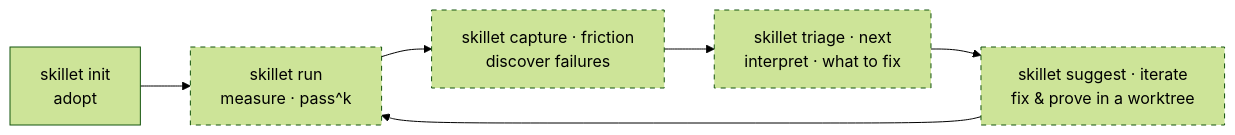
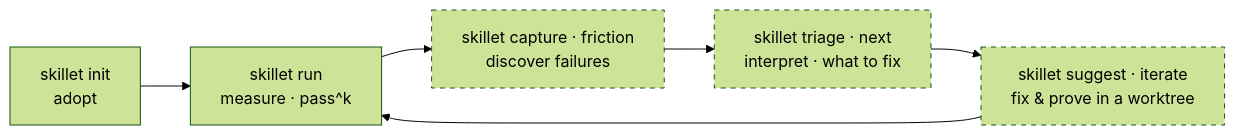
Before and after one commit to 21-DOT-DEV/skillet: the diagram in README.md, drawn with Mermaid (forest theme). The commit also changed other lines of this file and 55 other files, not shown here.

````diff
--- a/README.md
+++ b/README.md
@@ -21,13 +21,13 @@
 ```mermaid
 flowchart LR
     I["skillet init<br/>adopt"]
     R["skillet run<br/>measure · pass^k"]
     D["skillet capture · friction<br/>discover failures"]
     N["skillet triage · next<br/>interpret · what to fix"]
     F["skillet suggest · iterate<br/>fix & prove in a worktree"]
 
     I --> R --> D --> N --> F --> R
 
     classDef planned stroke-dasharray:5 5
-    class R,D,N,F planned
+    class D,N,F planned
 ```
````
